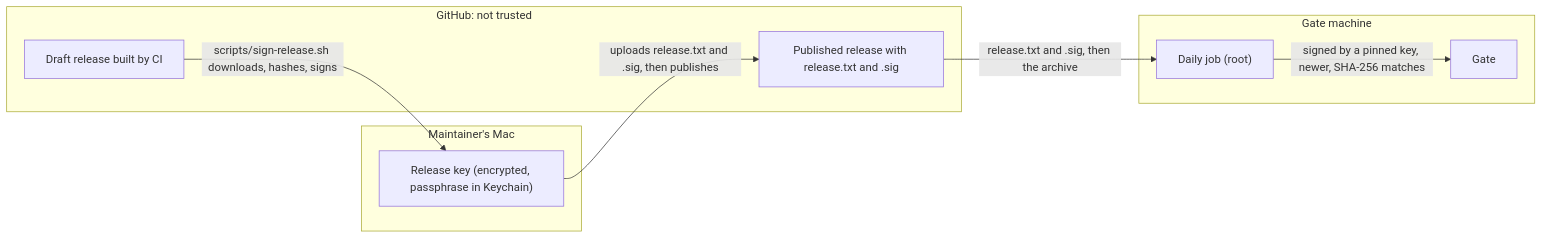
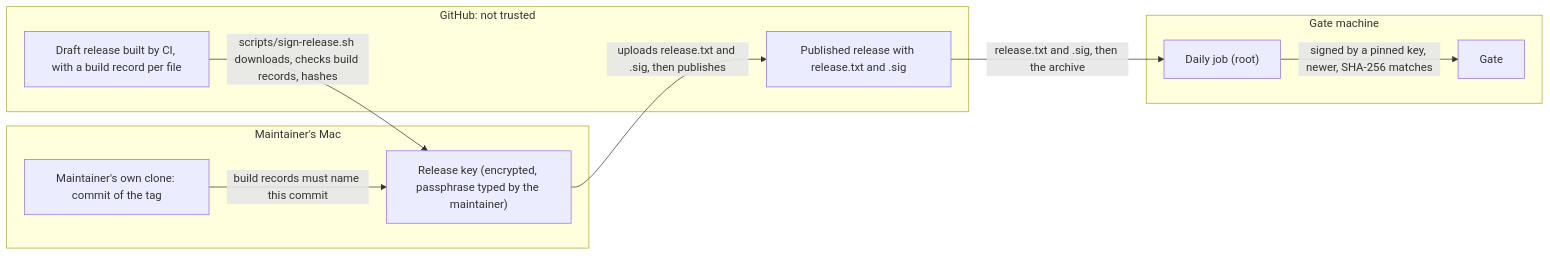
One commit to Phygital-Key/phygital-key changed the second of 2 diagrams in docs/threat-model.md. Above: the diagram before and after it, drawn with Mermaid. The commit also changed other lines of this file and 26 other files, not shown here.

````diff
--- a/docs/threat-model.md
+++ b/docs/threat-model.md
@@ -102,18 +103,20 @@
 ```mermaid
 flowchart LR
   subgraph MAC["Maintainer's Mac"]
-    K["Release key (encrypted, passphrase in Keychain)"]
+    K["Release key (encrypted, passphrase typed by the maintainer)"]
+    CL["Maintainer's own clone: commit of the tag"]
   end
   subgraph GH["GitHub: not trusted"]
-    DR["Draft release built by CI"]
+    DR["Draft release built by CI, with a build record per file"]
     PUB["Published release with release.txt and .sig"]
   end
   subgraph GM["Gate machine"]
     J["Daily job (root)"]
     G["Gate"]
   end
-  DR -->|"scripts/sign-release.sh downloads, hashes, signs"| K
+  DR -->|"scripts/sign-release.sh downloads, checks build records, hashes"| K
+  CL -->|"build records must name this commit"| K
   K -->|"uploads release.txt and .sig, then publishes"| PUB
   PUB -->|"release.txt and .sig, then the archive"| J
   J -->|"signed by a pinned key, newer, SHA-256 matches"| G
 ```
````
